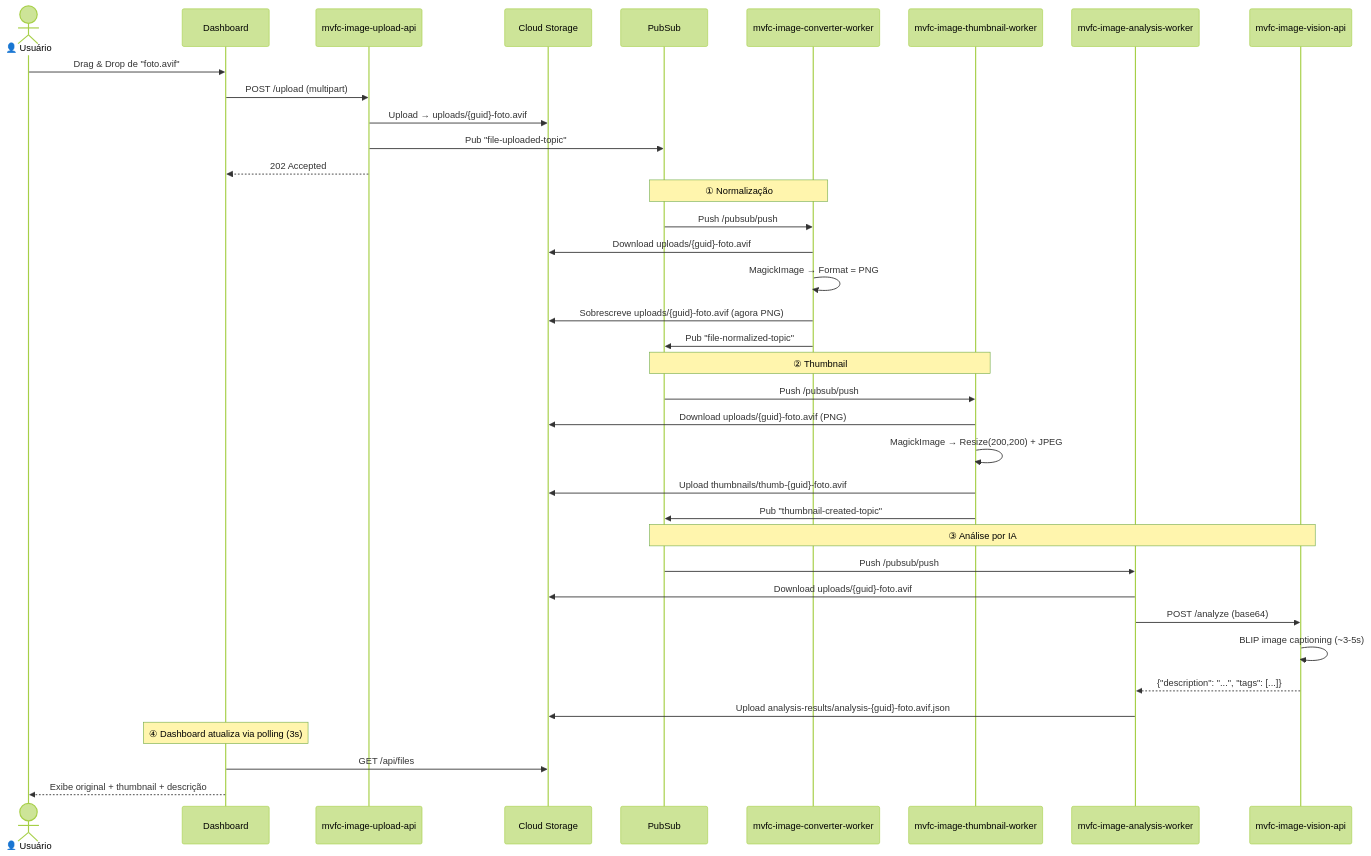
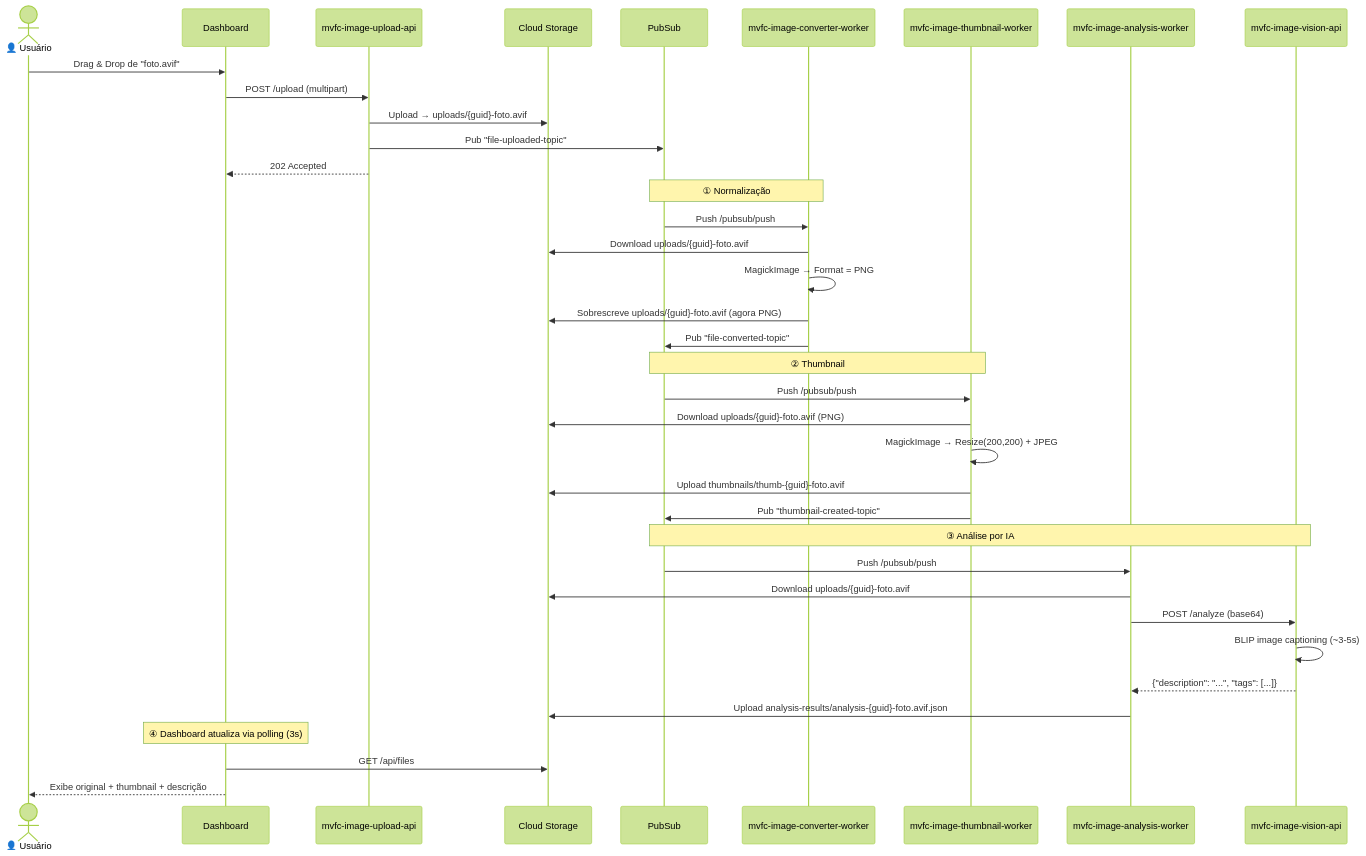
The second of 5 diagrams in README.pt-BR.md (Marcus-V-Freitas/MVFC.ImageProcessing), drawn with Mermaid (forest theme) before and after one commit. The commit also changed other lines of this file and 59 other files, not shown here.

First line of the commit message:
refactor(core): adopt Clean Architecture, CQRS, and optimize Docker build caching

````diff
--- a/README.pt-BR.md
+++ b/README.pt-BR.md
@@ -123,47 +123,47 @@
 ```mermaid
 sequenceDiagram
     actor U as 👤 Usuário
     participant D as Dashboard
     participant API as mvfc-image-upload-api
     participant GCS as Cloud Storage
     participant PS as PubSub
     participant CONV as mvfc-image-converter-worker
     participant TW as mvfc-image-thumbnail-worker
     participant IA as mvfc-image-analysis-worker
     participant VA as mvfc-image-vision-api
 
     U->>D: Drag & Drop de "foto.avif"
     D->>API: POST /upload (multipart)
     API->>GCS: Upload → uploads/{guid}-foto.avif
     API->>PS: Pub "file-uploaded-topic"
     API-->>D: 202 Accepted
 
     Note over PS,CONV: ① Normalização
 
     PS->>CONV: Push /pubsub/push
     CONV->>GCS: Download uploads/{guid}-foto.avif
     CONV->>CONV: MagickImage → Format = PNG
     CONV->>GCS: Sobrescreve uploads/{guid}-foto.avif (agora PNG)
-    CONV->>PS: Pub "file-normalized-topic"
+    CONV->>PS: Pub "file-converted-topic"
 
     Note over PS,TW: ② Thumbnail
 
     PS->>TW: Push /pubsub/push
     TW->>GCS: Download uploads/{guid}-foto.avif (PNG)
     TW->>TW: MagickImage → Resize(200,200) + JPEG
     TW->>GCS: Upload thumbnails/thumb-{guid}-foto.avif
     TW->>PS: Pub "thumbnail-created-topic"
 
     Note over PS,VA: ③ Análise por IA
 
     PS->>IA: Push /pubsub/push
     IA->>GCS: Download uploads/{guid}-foto.avif
     IA->>VA: POST /analyze (base64)
     VA->>VA: BLIP image captioning (~3-5s)
     VA-->>IA: {"description": "...", "tags": [...]}
     IA->>GCS: Upload analysis-results/analysis-{guid}-foto.avif.json
 
     Note over D: ④ Dashboard atualiza via polling (3s)
     D->>GCS: GET /api/files
     D-->>U: Exibe original + thumbnail + descrição
 ```
````
